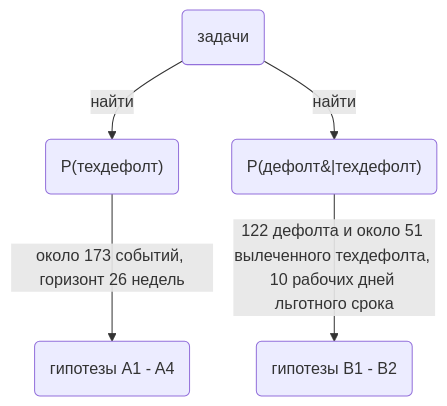
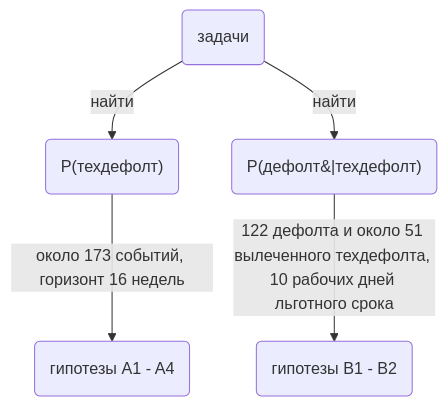
One commit to alferova-tv/Jessica-invest-assistant changed the second of 2 diagrams in research/README.md. Above: the diagram before and after it, drawn with Mermaid. The commit also changed other lines of this file, not shown here.

````diff
--- a/research/README.md
+++ b/research/README.md
@@ -67,8 +67,8 @@
 ```mermaid
 graph TD
     A(задачи)
     A -->|найти| B("P(техдефолт)")
     A -->|найти| C("P(дефолт&#124;техдефолт)")
-    B -->|около 173 событий, горизонт 26 недель| D(гипотезы A1 - A4)
+    B -->|около 173 событий, горизонт 16 недель| D(гипотезы A1 - A4)
     C -->|122 дефолта и около 51 вылеченного техдефолта, 10 рабочих дней льготного срока| E(гипотезы B1 - B2)
 ```
````
